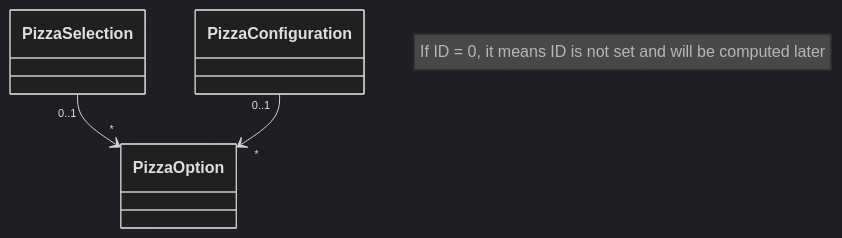
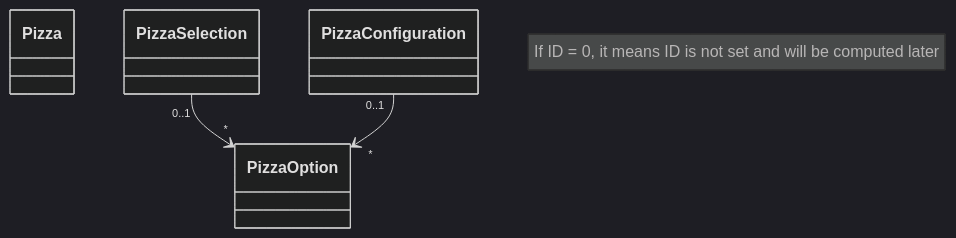
The diagram in README.md (ekral/Utb.PizzaKiosk), drawn with Mermaid (dark theme) before and after one commit.

````diff
--- a/README.md
+++ b/README.md
@@ -162,7 +162,10 @@
 ```mermaid
  classDiagram
    note "If ID = 0, it means ID is not set and will be computed later"
    %% direction LR
+   class Pizza
+   class PizzaSelection
+   class PizzaConfiguration
    PizzaSelection "0..1" --> "*" PizzaOption
    PizzaConfiguration "0..1" --> "*" PizzaOption
 ```
````
